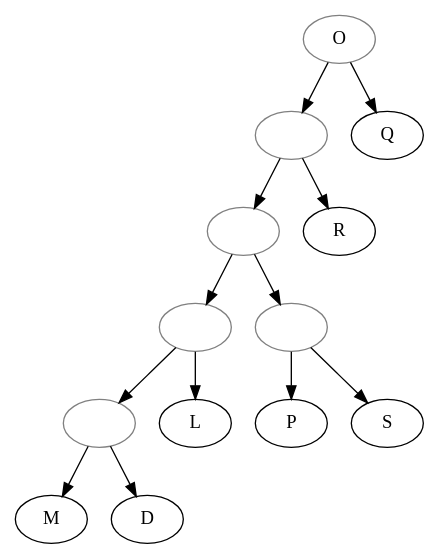
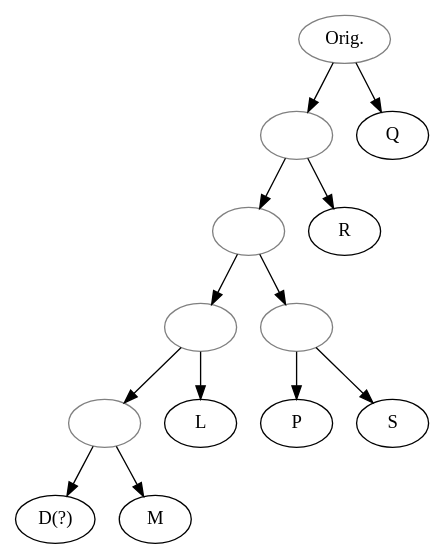
The diagram in data/fro/Wallensköld_1909_Florence/stemma.gv (OpenStemmata/database), drawn with Graphviz before and after one commit. The commit also changed 2 other files, not shown here.

```diff
--- a/data/fro/Wallensköld_1909_Florence/stemma.gv
+++ b/data/fro/Wallensköld_1909_Florence/stemma.gv
@@ -1,20 +1,21 @@
 digraph {
 1[label="", color="grey"];
 2[label="", color="grey"];
 3[label="", color="grey"];
 4[label="", color="grey"];
 5[label="", color="grey"];
-O[color="grey"];
+O[label="Orig.", color="grey"];
+D[label="D(?)"]
 O->1;
 1->2;
 2->3;
 3->L;
 3->4;
 4->M;
 4->D;
 2->5;
 5->P;
 5->S;
 1->R;
 O->Q;
 }
```
